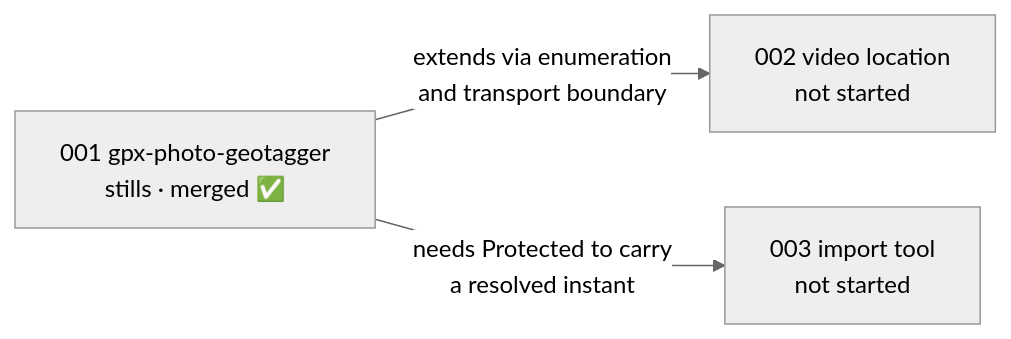
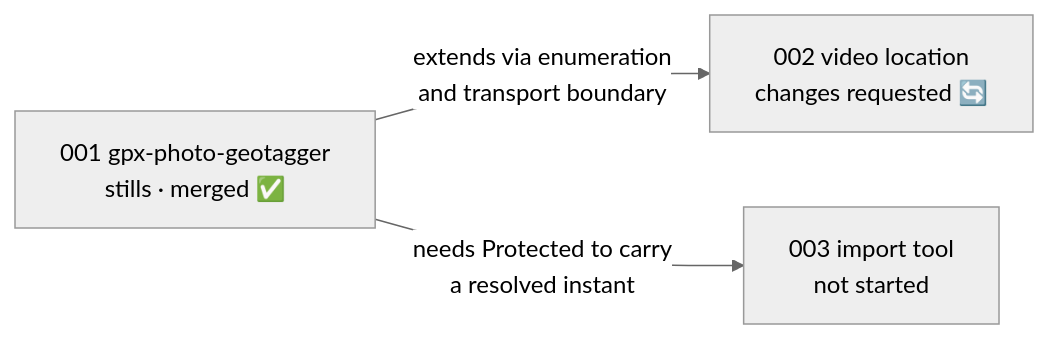
The diagram in planning/geotagging/milestone-01-core-geotagging/status.md (astavonin/gps-sync), drawn with Mermaid (neutral theme) before and after one commit. The commit also changed other lines of this file and 69 other files, not shown here.

Commit message:
Add video container location from telemetry centroid and GPX match

````diff
--- a/planning/geotagging/milestone-01-core-geotagging/status.md
+++ b/planning/geotagging/milestone-01-core-geotagging/status.md
@@ -15,8 +15,8 @@
 ```mermaid
 graph LR
     I001["001 gpx-photo-geotagger<br/>stills · merged ✅"]
-    I002["002 video location<br/>not started"]
+    I002["002 video location<br/>changes requested 🔄"]
     I003["003 import tool<br/>not started"]
     I001 -->|"extends via enumeration<br/>and transport boundary"| I002
     I001 -->|"needs Protected to carry<br/>a resolved instant"| I003
 ```
````
